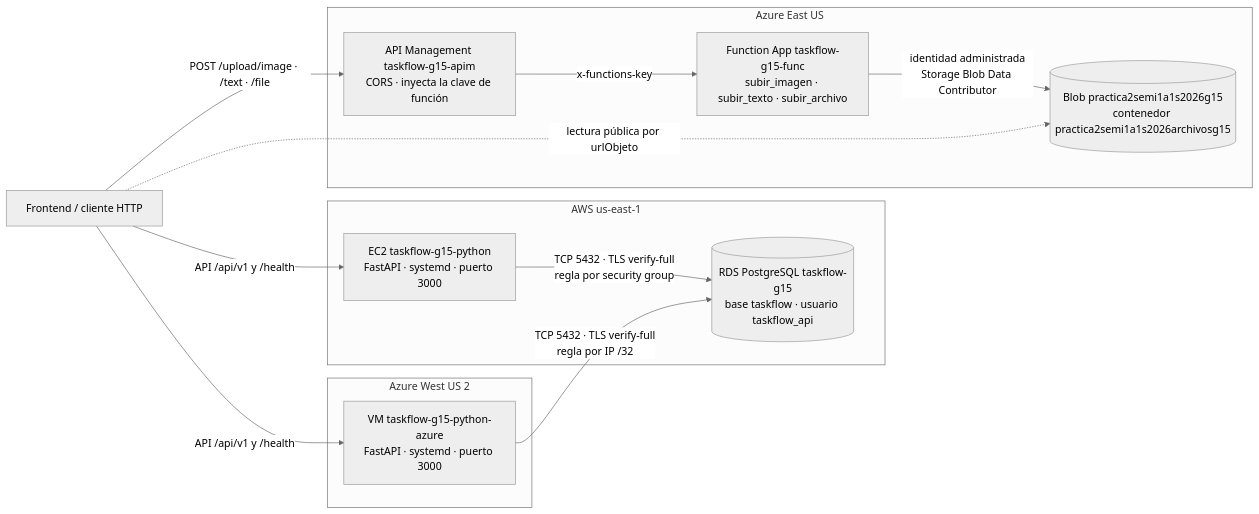
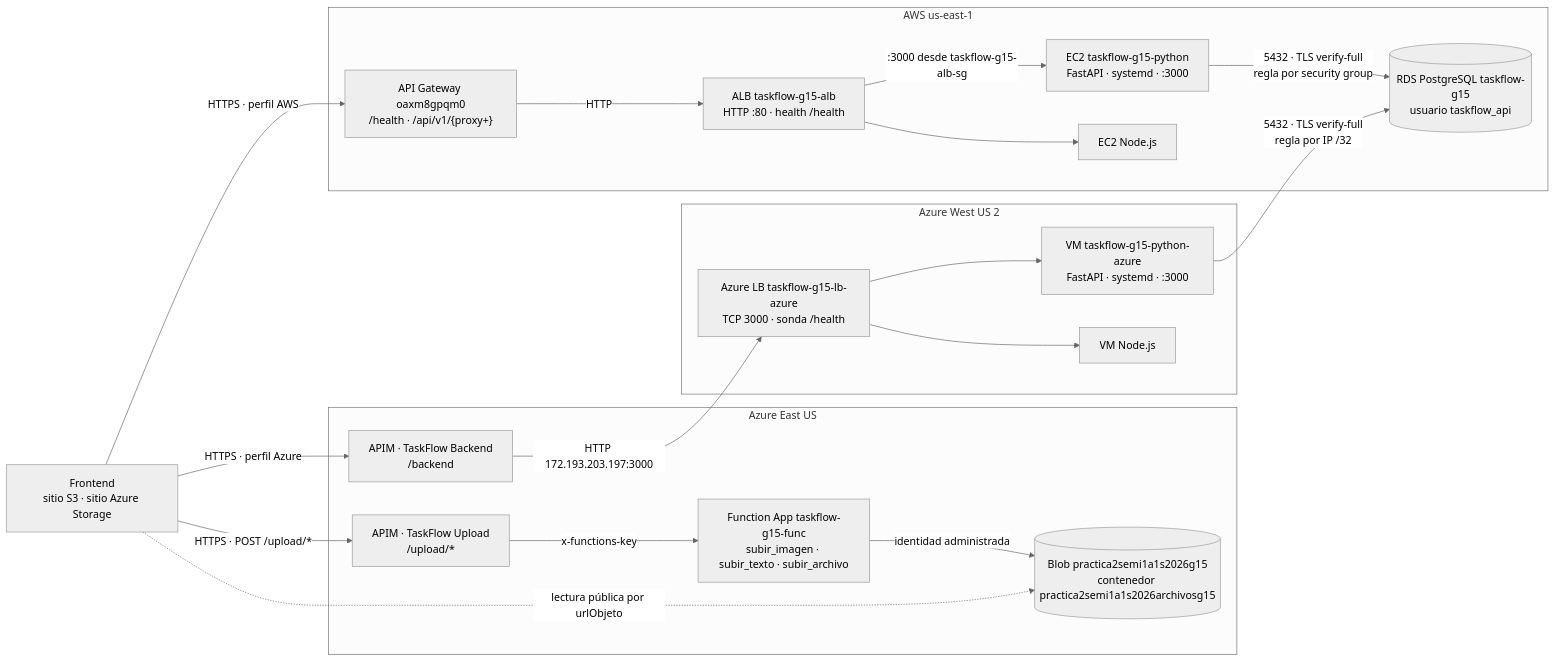
One commit to ipatzantzic19/SEMINARIO1_A_2S2026_G15 changed the diagram in Practica_2/docs/pra2-15-vertical-python-azure.md. Above: the diagram before and after it, drawn with Mermaid (neutral theme). The commit also changed other lines of this file and 39 other files, not shown here.

Commit message:
docs: reorganizar la documentación de Python y Azure en docs/evidence (PRA2-12, 13, 14, 15)

````diff
--- a/Practica_2/docs/pra2-15-vertical-python-azure.md
+++ b/Practica_2/docs/pra2-15-vertical-python-azure.md
@@ -28,28 +45,40 @@
 ```mermaid
 flowchart LR
-    FE["Frontend / cliente HTTP"]
+    FE["Frontend<br/>sitio S3 · sitio Azure Storage"]
 
     subgraph AWS["AWS us-east-1"]
-        EC2["EC2 taskflow-g15-python<br/>FastAPI · systemd · puerto 3000"]
-        RDS[("RDS PostgreSQL taskflow-g15<br/>base taskflow · usuario taskflow_api")]
+        APIGW["API Gateway oaxm8gpqm0<br/>/health · /api/v1/{proxy+}"]
+        ALB["ALB taskflow-g15-alb<br/>HTTP :80 · health /health"]
+        EC2["EC2 taskflow-g15-python<br/>FastAPI · systemd · :3000"]
+        EC2N["EC2 Node.js"]
+        RDS[("RDS PostgreSQL taskflow-g15<br/>usuario taskflow_api")]
     end
 
     subgraph AZW["Azure West US 2"]
-        VM["VM taskflow-g15-python-azure<br/>FastAPI · systemd · puerto 3000"]
+        LB["Azure LB taskflow-g15-lb-azure<br/>TCP 3000 · sonda /health"]
+        VM["VM taskflow-g15-python-azure<br/>FastAPI · systemd · :3000"]
+        VMN["VM Node.js"]
     end
 
     subgraph AZE["Azure East US"]
-        APIM["API Management taskflow-g15-apim<br/>CORS · inyecta la clave de función"]
+        APIMB["APIM · TaskFlow Backend<br/>/backend"]
+        APIMU["APIM · TaskFlow Upload<br/>/upload/*"]
         FN["Function App taskflow-g15-func<br/>subir_imagen · subir_texto · subir_archivo"]
         BLOB[("Blob practica2semi1a1s2026g15<br/>contenedor practica2semi1a1s2026archivosg15")]
     end
 
-    FE -- "API /api/v1 y /health" --> EC2
-    FE -- "API /api/v1 y /health" --> VM
-    EC2 -- "TCP 5432 · TLS verify-full<br/>regla por security group" --> RDS
-    VM -- "TCP 5432 · TLS verify-full<br/>regla por IP /32" --> RDS
-    FE -- "POST /upload/image · /text · /file" --> APIM
-    APIM -- "x-functions-key" --> FN
-    FN -- "identidad administrada<br/>Storage Blob Data Contributor" --> BLOB
+    FE -- "HTTPS · perfil AWS" --> APIGW
+    APIGW -- "HTTP" --> ALB
+    ALB -- ":3000 desde taskflow-g15-alb-sg" --> EC2
+    ALB --> EC2N
+    FE -- "HTTPS · perfil Azure" --> APIMB
+    APIMB -- "HTTP 172.193.203.197:3000" --> LB
+    LB --> VM
+    LB --> VMN
+    EC2 -- "5432 · TLS verify-full<br/>regla por security group" --> RDS
+    VM -- "5432 · TLS verify-full<br/>regla por IP /32" --> RDS
+    FE -- "HTTPS · POST /upload/*" --> APIMU
+    APIMU -- "x-functions-key" --> FN
+    FN -- "identidad administrada" --> BLOB
     FE -. "lectura pública por urlObjeto" .-> BLOB
 ```
````
